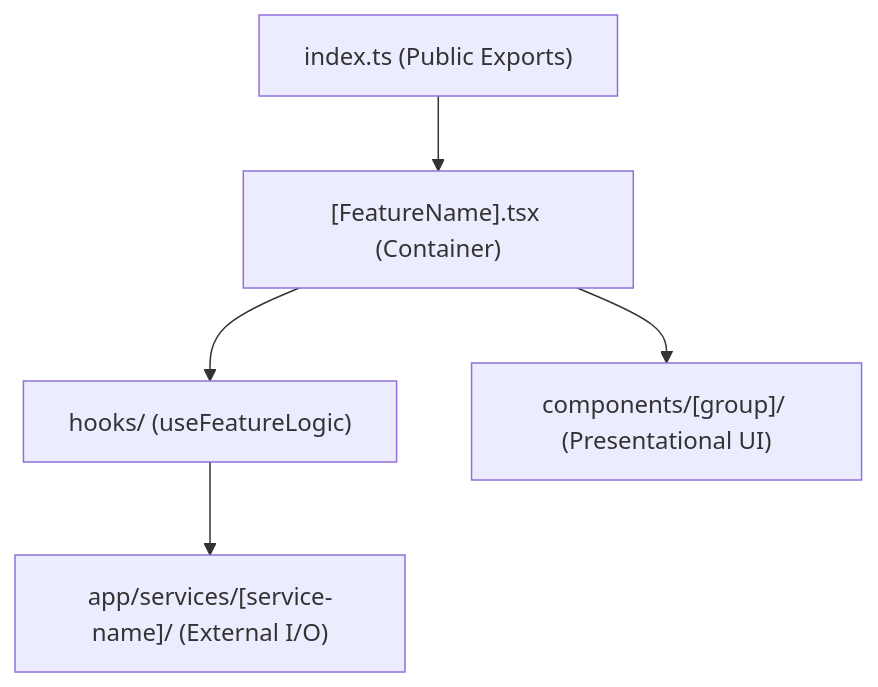
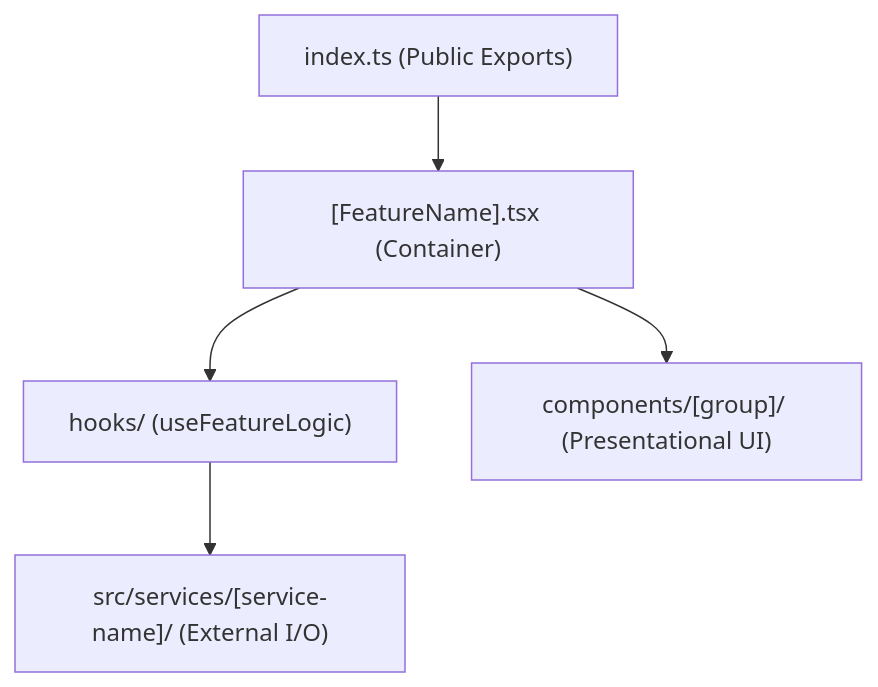
One commit to hoanglong2206/Video-Tool changed the diagram in apps/web/ARCHITECTURE.md. Above: the diagram before and after it, drawn with Mermaid. The commit also changed other lines of this file and 6 other files, not shown here.

````diff
--- a/apps/web/ARCHITECTURE.md
+++ b/apps/web/ARCHITECTURE.md
@@ -160,13 +161,13 @@
 ```mermaid
 graph TD
     Container["[FeatureName].tsx (Container)"]
     Hooks["hooks/ (useFeatureLogic)"]
-    Service["app/services/[service-name]/ (External I/O)"]
+    Service["src/services/[service-name]/ (External I/O)"]
     SubComponents["components/[group]/ (Presentational UI)"]
     PublicAPI["index.ts (Public Exports)"]
 
     Container --> Hooks
     Hooks --> Service
     Container --> SubComponents
     PublicAPI --> Container
 ```
````
